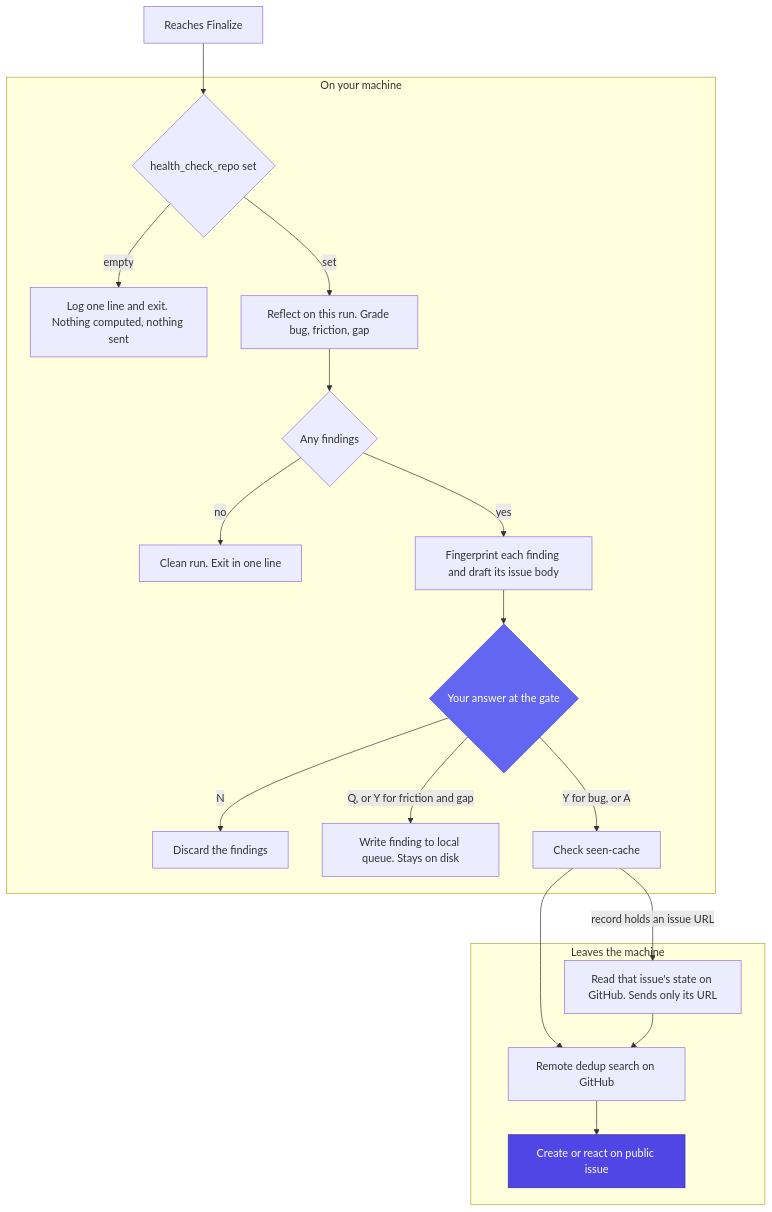
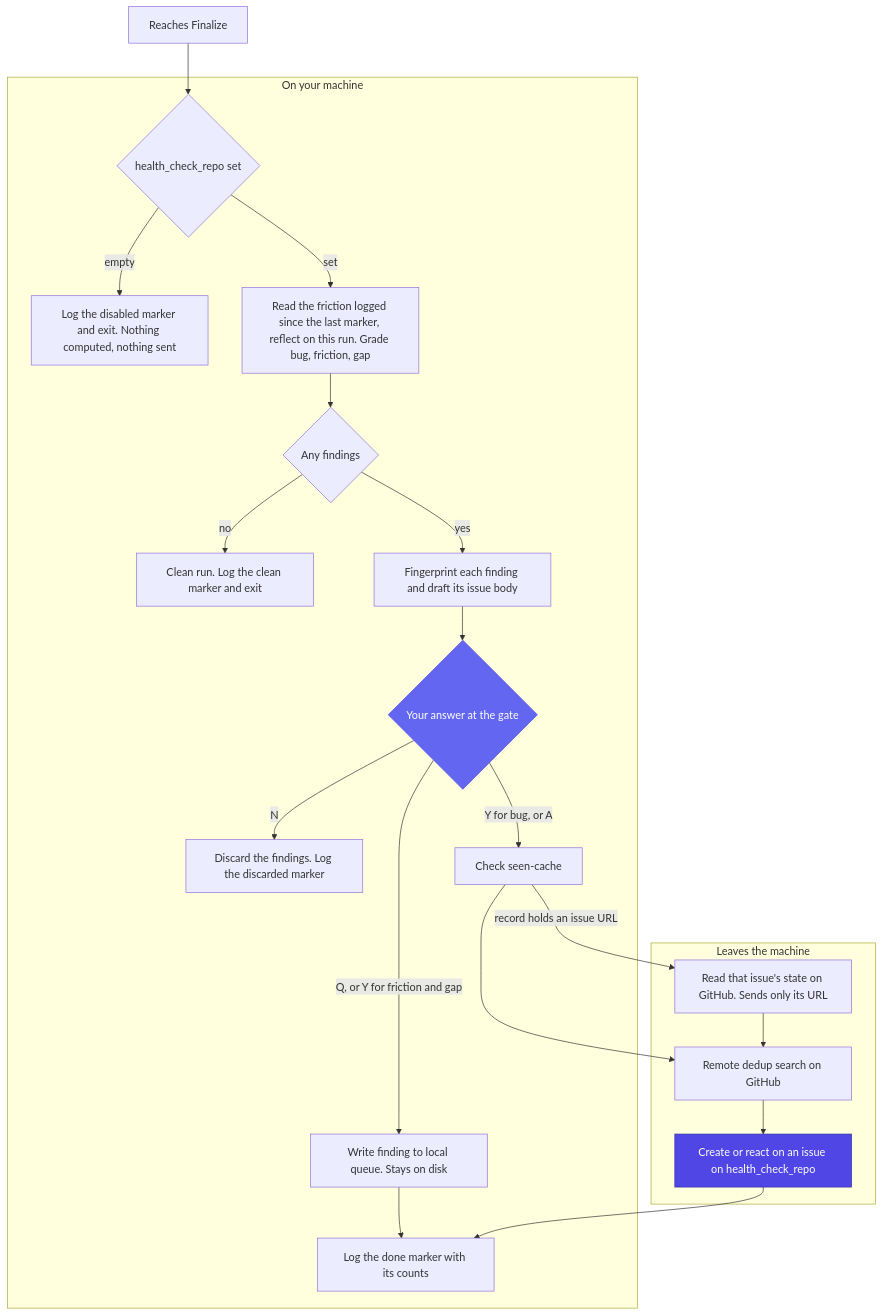
Before and after one commit to armelhbobdad/bmad-module-ultracode-goal: the diagram in docs/health-check.md, drawn with Mermaid. The commit also changed other lines of this file and 10 other files, not shown here.

First line of the commit message:
refactor(health-check): fix the round-2 findings of the health-check quality gate

````diff
--- a/docs/health-check.md
+++ b/docs/health-check.md
@@ -32,40 +32,43 @@
 ```mermaid
 flowchart TD
     Start["Reaches Finalize"] --> Enabled{"health_check_repo set"}
-    Enabled -->|"empty"| Off["Log one line and exit. Nothing computed, nothing sent"]
-    Enabled -->|"set"| Reflect["Reflect on this run. Grade bug, friction, gap"]
+    Enabled -->|"empty"| Off["Log the disabled marker and exit. Nothing computed, nothing sent"]
+    Enabled -->|"set"| Reflect["Read the friction logged since the last marker, reflect on this run. Grade bug, friction, gap"]
     Reflect --> Clean{"Any findings"}
-    Clean -->|"no"| Done["Clean run. Exit in one line"]
+    Clean -->|"no"| Done["Clean run. Log the clean marker and exit"]
     Clean -->|"yes"| Draft["Fingerprint each finding and draft its issue body"]
     Draft --> Gate{"Your answer at the gate"}
-    Gate -->|"N"| Discard["Discard the findings"]
+    Gate -->|"N"| Discard["Discard the findings. Log the discarded marker"]
     Gate -->|"Q, or Y for friction and gap"| Queue["Write finding to local queue. Stays on disk"]
     Gate -->|"Y for bug, or A"| Fp["Check seen-cache"]
     Fp --> Search["Remote dedup search on GitHub"]
     Fp -->|"record holds an issue URL"| State["Read that issue's state on GitHub. Sends only its URL"]
     State --> Search
-    Search --> Create["Create or react on public issue"]
+    Search --> Create["Create or react on an issue on health_check_repo"]
+    Queue --> Close["Log the done marker with its counts"]
+    Create --> Close
 
     subgraph local["On your machine"]
         Enabled
         Off
         Reflect
         Clean
         Done
         Draft
         Gate
         Discard
         Queue
         Fp
+        Close
     end
     subgraph net["Leaves the machine"]
         State
         Search
         Create
     end
 
     classDef accent fill:#6366F1,stroke:#4F46E5,color:#fff
     classDef verdict fill:#4F46E5,stroke:#3730A3,color:#fff
     class Gate accent
     class Create verdict
 ```
````
